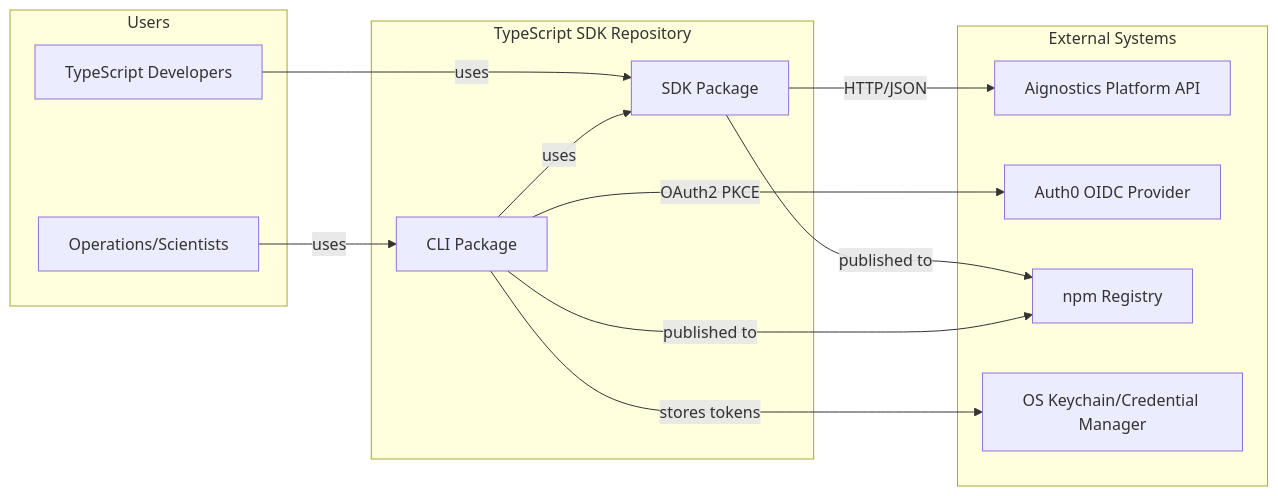
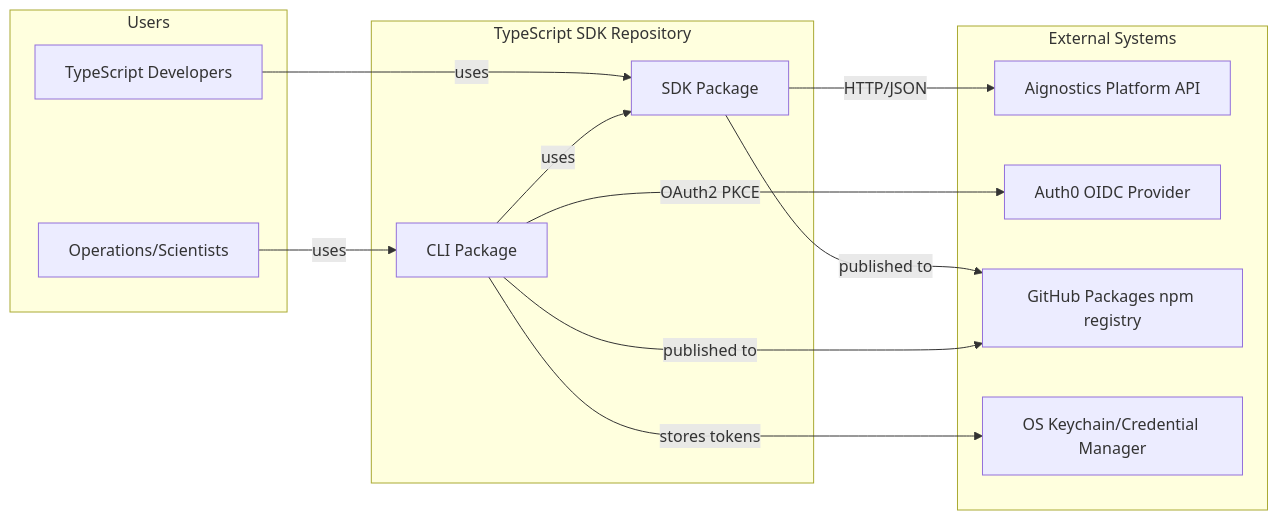
Before and after one commit to aignostics/typescript-sdk: the first of 15 diagrams in docs/SOFTWARE_ARCHITECTURE.md, drawn with Mermaid. The commit also changed other lines of this file and 7 other files, not shown here.

First line of the commit message:
chore(packages): publish the SDK and CLI to GitHub Packages (#217)

````diff
--- a/docs/SOFTWARE_ARCHITECTURE.md
+++ b/docs/SOFTWARE_ARCHITECTURE.md
@@ -100,28 +100,28 @@
 ```mermaid
 graph LR
     subgraph "External Systems"
         API[Aignostics Platform API]
         AUTH[Auth0 OIDC Provider]
-        NPM[npm Registry]
+        NPM[GitHub Packages npm registry]
         KEYCHAIN[OS Keychain/Credential Manager]
     end
     
     subgraph "TypeScript SDK Repository"
         SDK[SDK Package]
         CLI[CLI Package]
     end
     
     subgraph "Users"
         DEV[TypeScript Developers]
         OPS[Operations/Scientists]
     end
     
     DEV -->|uses| SDK
     OPS -->|uses| CLI
     SDK -->|HTTP/JSON| API
     CLI -->|uses| SDK
     CLI -->|OAuth2 PKCE| AUTH
     CLI -->|stores tokens| KEYCHAIN
     SDK -->|published to| NPM
     CLI -->|published to| NPM
 ```
````
